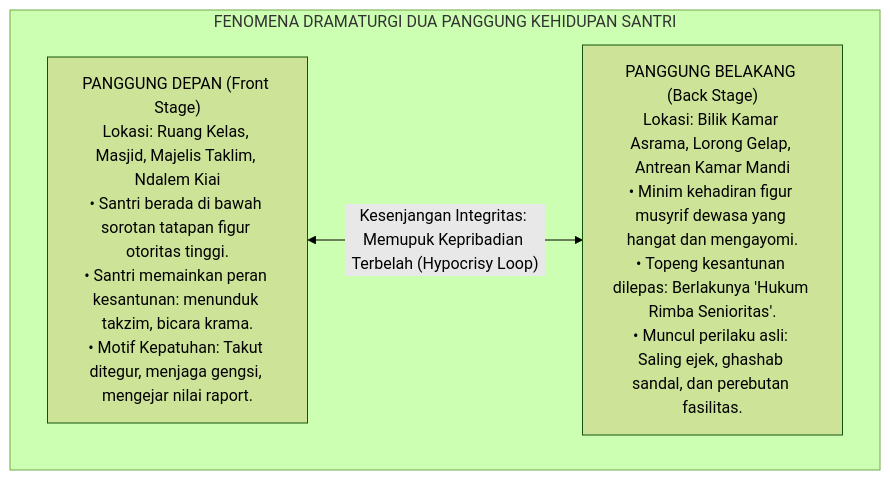
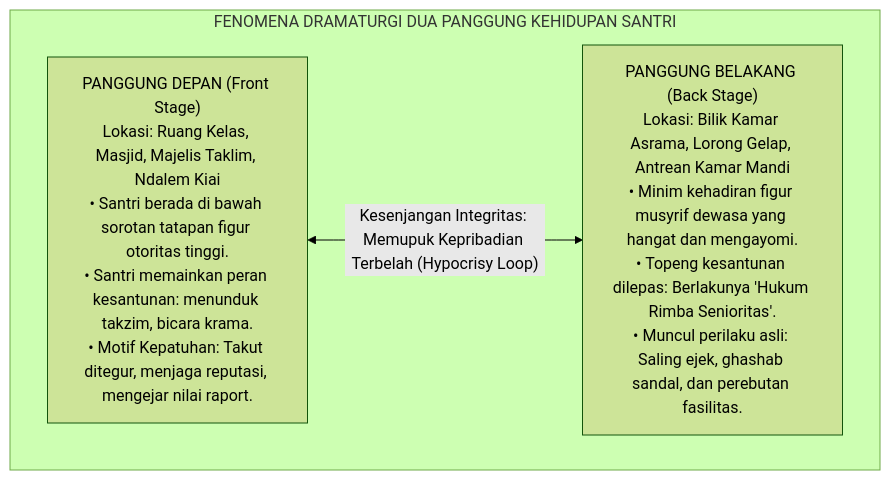
The fifth of 8 diagrams in BOOK-SERIES/Volume-01/Bab-01-Krisis-Karakter-dan-Urgensi-Rekonstruksi/01-Anomali-Pendidikan-Karakter-Tradisional.md (wandiapriliyandi/tumbuh), drawn with Mermaid (forest theme) before and after one commit. The commit also changed other lines of this file, not shown here.

````diff
--- a/BOOK-SERIES/Volume-01/Bab-01-Krisis-Karakter-dan-Urgensi-Rekonstruksi/01-Anomali-Pendidikan-Karakter-Tradisional.md
+++ b/BOOK-SERIES/Volume-01/Bab-01-Krisis-Karakter-dan-Urgensi-Rekonstruksi/01-Anomali-Pendidikan-Karakter-Tradisional.md
@@ -176,10 +130,10 @@
 ```mermaid
 graph TD
     subgraph DinamikaDuaPanggung["FENOMENA DRAMATURGI DUA PANGGUNG KEHIDUPAN SANTRI"]
-        PanggungDepan["PANGGUNG DEPAN (Front Stage)<br/>Lokasi: Ruang Kelas, Masjid, Majelis Taklim, Ndalem Kiai<br/>• Santri berada di bawah sorotan tatapan figur otoritas tinggi.<br/>• Santri memainkan peran kesantunan: menunduk takzim, bicara krama.<br/>• Motif Kepatuhan: Takut ditegur, menjaga gengsi, mengejar nilai raport."]
+        PanggungDepan["PANGGUNG DEPAN (Front Stage)<br/>Lokasi: Ruang Kelas, Masjid, Majelis Taklim, Ndalem Kiai<br/>• Santri berada di bawah sorotan tatapan figur otoritas tinggi.<br/>• Santri memainkan peran kesantunan: menunduk takzim, bicara krama.<br/>• Motif Kepatuhan: Takut ditegur, menjaga reputasi, mengejar nilai raport."]
         
         PanggungBelakang["PANGGUNG BELAKANG (Back Stage)<br/>Lokasi: Bilik Kamar Asrama, Lorong Gelap, Antrean Kamar Mandi<br/>• Minim kehadiran figur musyrif dewasa yang hangat dan mengayomi.<br/>• Topeng kesantunan dilepas: Berlakunya 'Hukum Rimba Senioritas'.<br/>• Muncul perilaku asli: Saling ejek, ghashab sandal, dan perebutan fasilitas."]
         
         PanggungDepan <-->|"Kesenjangan Integritas: Memupuk Kepribadian Terbelah (Hypocrisy Loop)"| PanggungBelakang
     end
 ```
````
